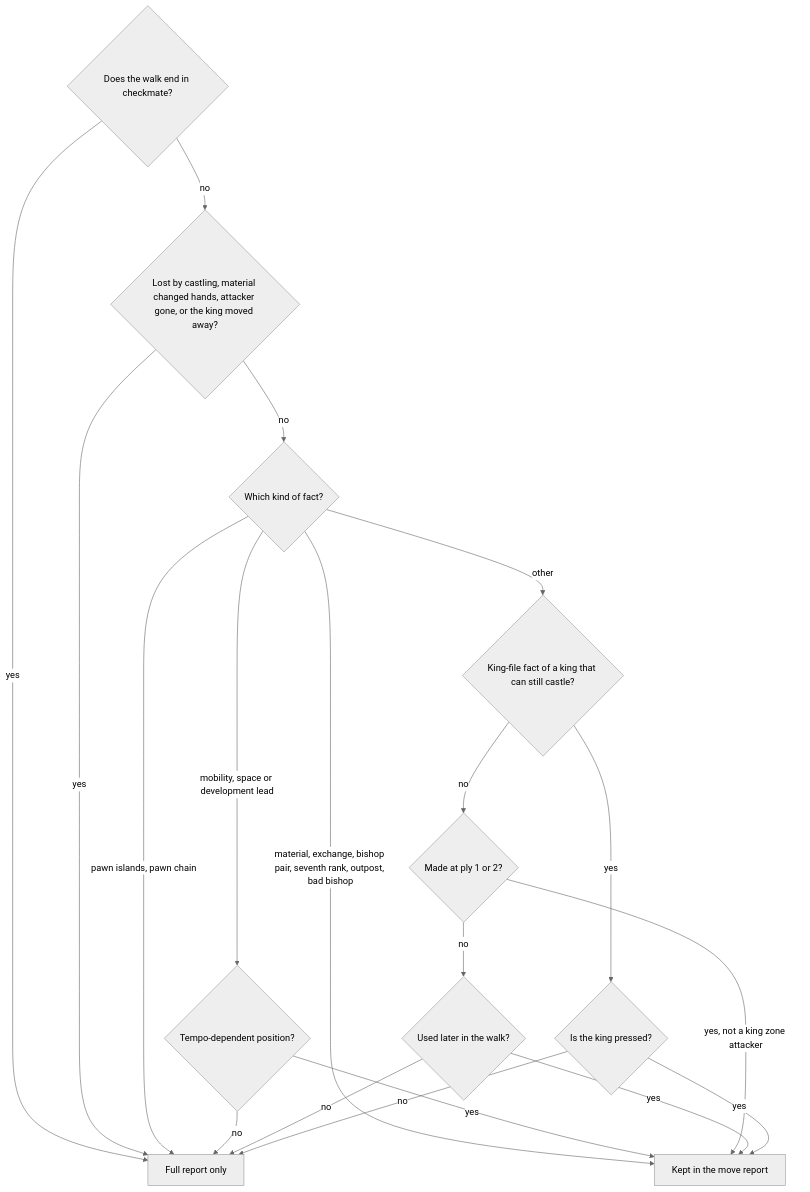
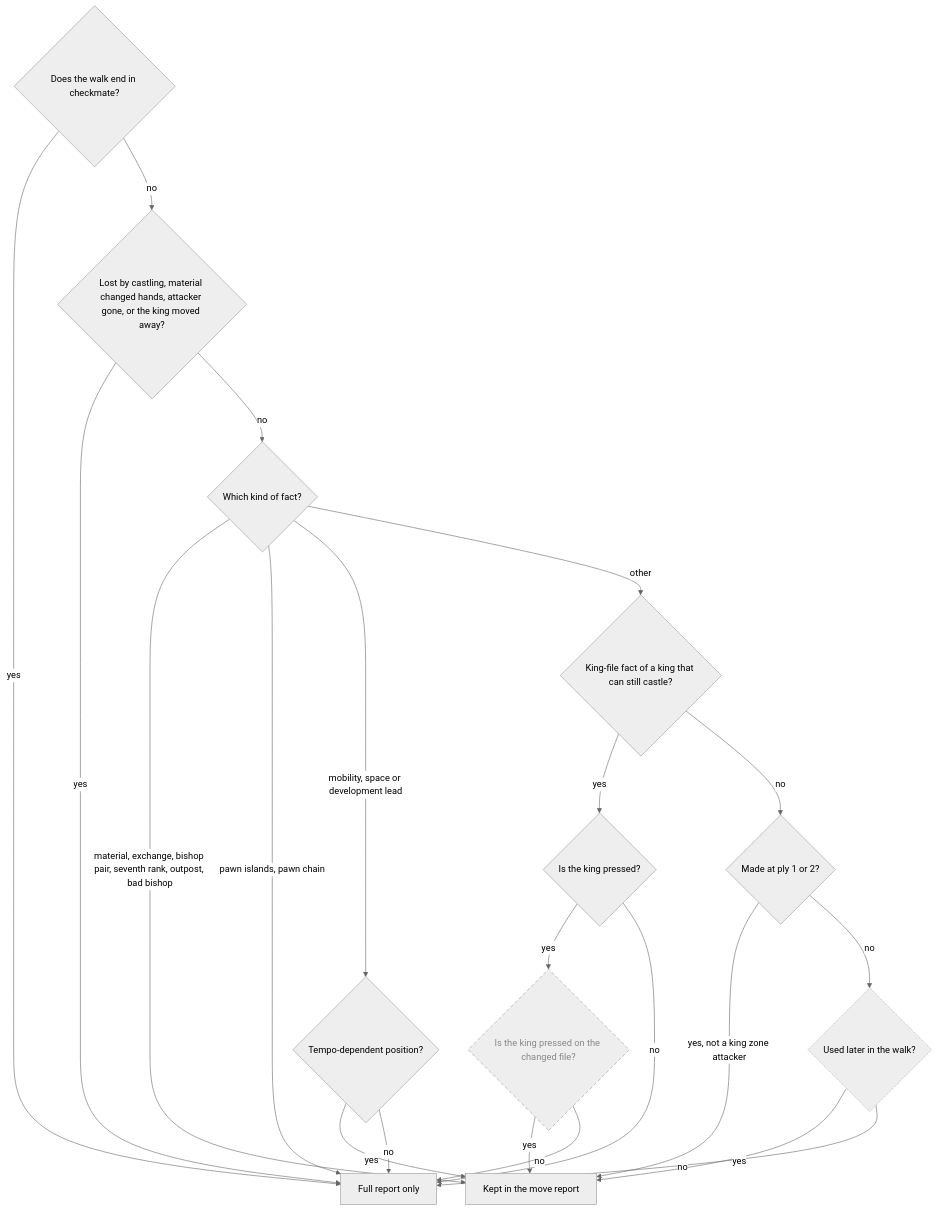
Diagram 23 of 25 in Planning/DBC/CONCEPTS.md (aurja/ChessWhy), drawn with Mermaid (neutral theme) before and after one commit. The commit also changed other lines of this file and 3 other files, not shown here.

````diff
--- a/Planning/DBC/CONCEPTS.md
+++ b/Planning/DBC/CONCEPTS.md
@@ -1044,34 +1076,39 @@
 ```mermaid
 flowchart TD
     UtMate{"Does the walk end in checkmate?"}
     UtContext{"Lost by castling, material changed hands, attacker gone, or the king moved away?"}
     UtKind{"Which kind of fact?"}
     UtLead{"Tempo-dependent position?"}
     UtCastle{"King-file fact of a king that can still castle?"}
     UtOwn{"Made at ply 1 or 2?"}
     UtUsed{"Used later in the walk?"}
     UtPressed{"Is the king pressed?"}
+    UtWitness{"Is the king pressed on the changed file?"}
     UtKeep["Kept in the move report"]
     UtCut["Full report only"]
     UtMate -->|yes| UtCut
     UtMate -->|no| UtContext
     UtContext -->|yes| UtCut
     UtContext -->|no| UtKind
     UtKind -->|material, exchange, bishop pair, seventh rank, outpost, bad bishop| UtKeep
     UtKind -->|pawn islands, pawn chain| UtCut
     UtKind -->|mobility, space or development lead| UtLead
     UtKind -->|other| UtCastle
     UtLead -->|yes| UtKeep
     UtLead -->|no| UtCut
     UtCastle -->|yes| UtPressed
     UtCastle -->|no| UtOwn
     UtOwn -->|yes, not a king zone attacker| UtKeep
     UtOwn -->|no| UtUsed
     UtUsed -->|yes| UtKeep
     UtUsed -->|no| UtCut
-    UtPressed -->|yes| UtKeep
+    UtPressed -->|yes| UtWitness
     UtPressed -->|no| UtCut
+    UtWitness -->|yes| UtKeep
+    UtWitness -->|no| UtCut
     classDef planned stroke-dasharray:6 4,color:#888
     classDef partial stroke-dasharray:2 2
     classDef external stroke-dasharray:1 3,color:#999
+    class UtUsed partial
+    class UtWitness planned
 ```
````
